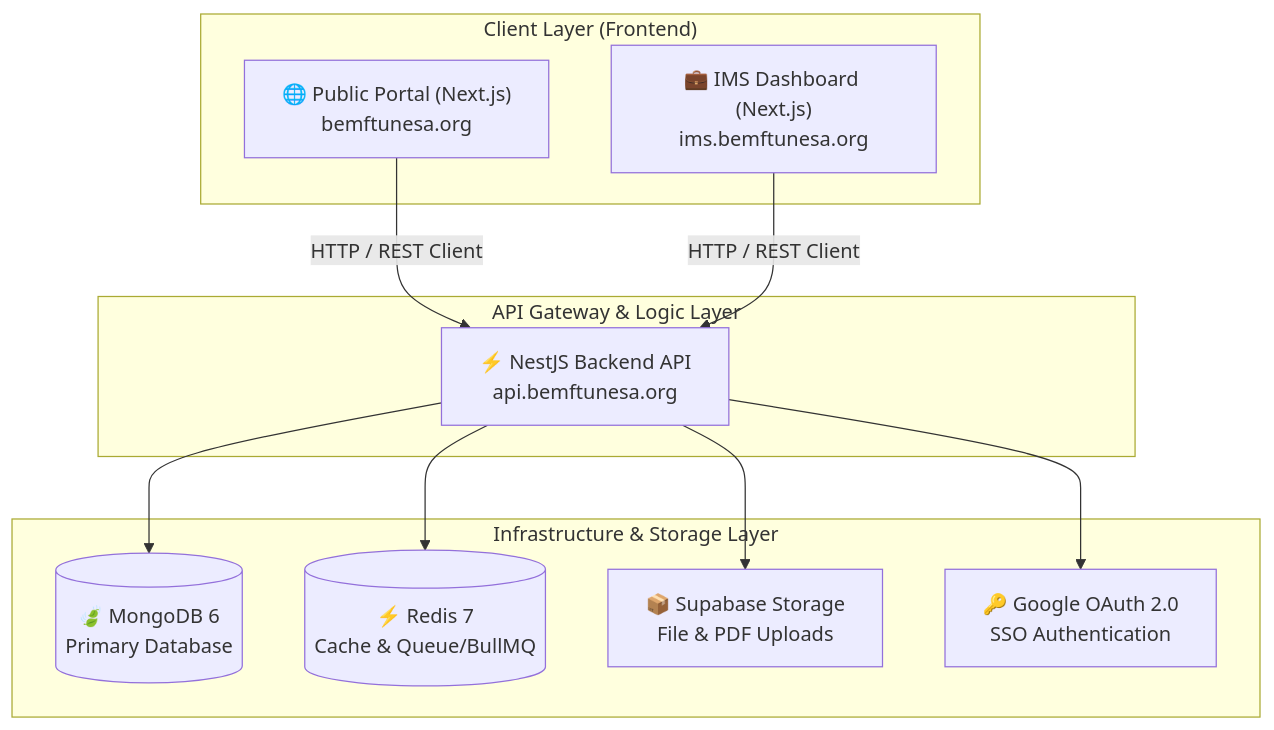
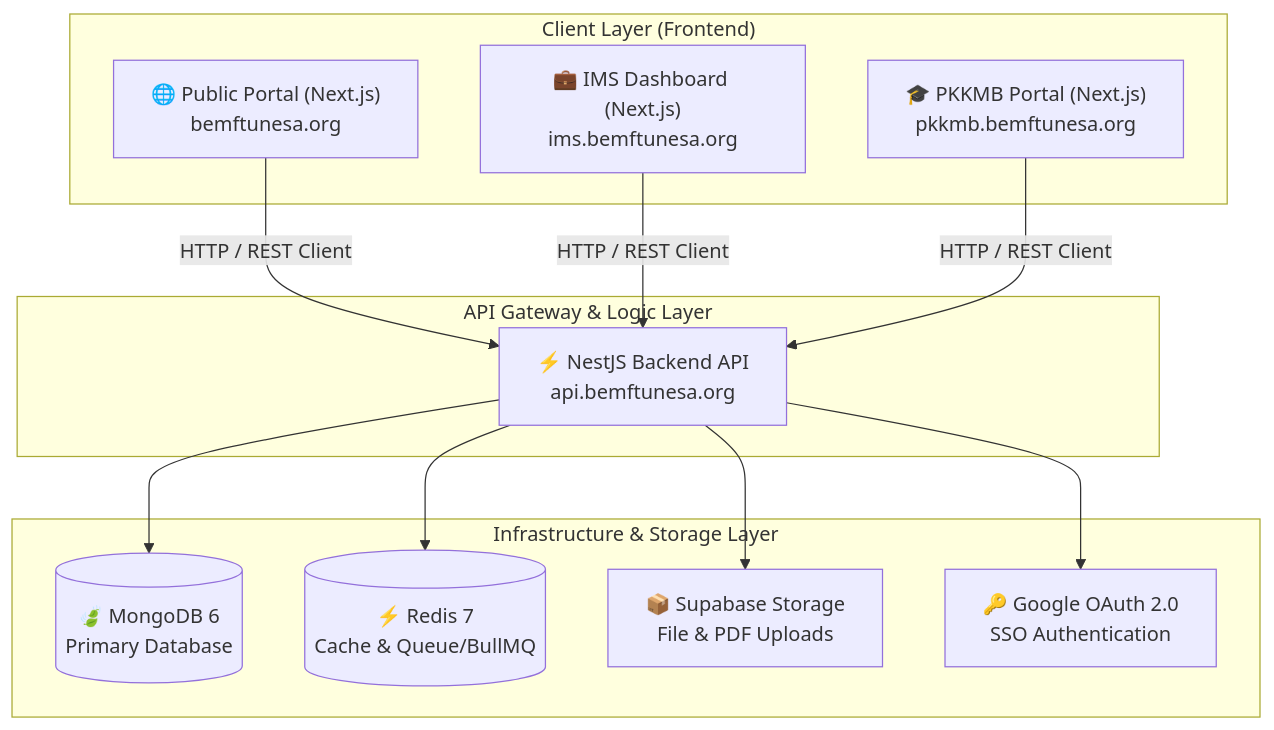
One commit to dihanio/bemftunesa2026 changed the diagram in README.md. Above: the diagram before and after it, drawn with Mermaid. The commit also changed other lines of this file, not shown here.

Commit message:
docs: add pkkmb portal to architecture diagram and features

````diff
--- a/README.md
+++ b/README.md
@@ -17,25 +17,27 @@
 ```mermaid
 graph TD
     subgraph ClientLayer ["Client Layer (Frontend)"]
         Public["🌐 Public Portal (Next.js)<br>bemftunesa.org"]
         IMS["💼 IMS Dashboard (Next.js)<br>ims.bemftunesa.org"]
+        PKKMB["🎓 PKKMB Portal (Next.js)<br>pkkmb.bemftunesa.org"]
     end
 
     subgraph APILayer ["API Gateway & Logic Layer"]
         Backend["⚡ NestJS Backend API<br>api.bemftunesa.org"]
     end
 
     subgraph InfraLayer ["Infrastructure & Storage Layer"]
         DB[("🍃 MongoDB 6<br>Primary Database")]
         Cache[("⚡ Redis 7<br>Cache & Queue/BullMQ")]
         Storage["📦 Supabase Storage<br>File & PDF Uploads"]
         Auth["🔑 Google OAuth 2.0<br>SSO Authentication"]
     end
 
     Public -->|HTTP / REST Client| Backend
     IMS -->|HTTP / REST Client| Backend
+    PKKMB -->|HTTP / REST Client| Backend
     Backend --> DB
     Backend --> Cache
     Backend --> Storage
     Backend --> Auth
 ```
````
